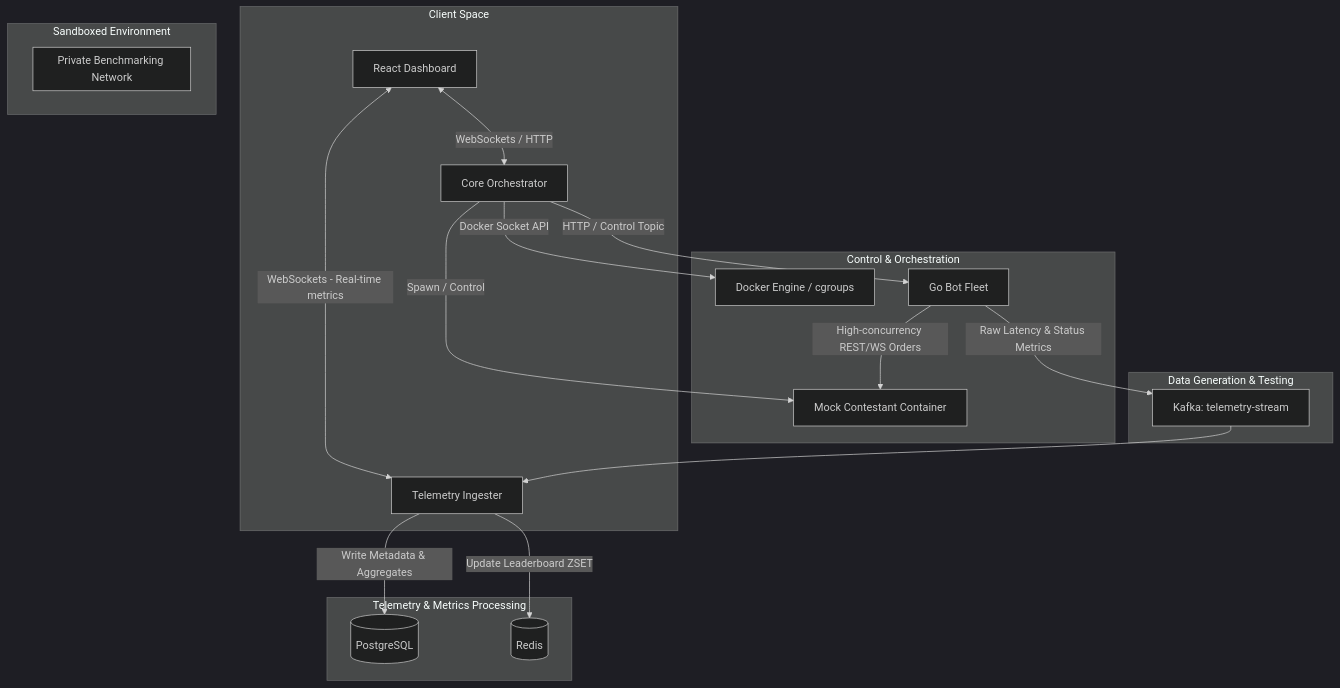
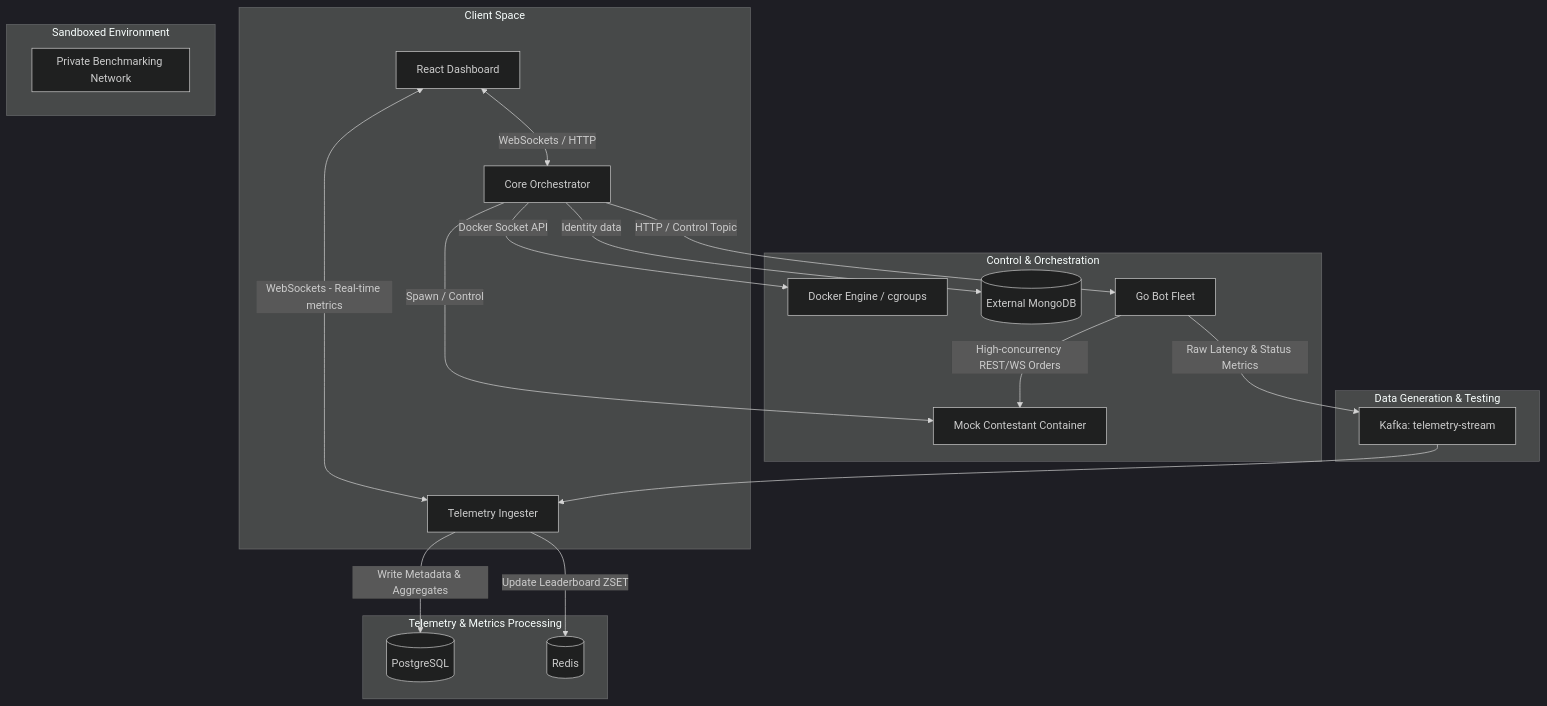
One commit to Shrivalkumar/Benchmarking-Engine changed the diagram in README.md. Above: the diagram before and after it, drawn with Mermaid (dark theme). The commit also changed other lines of this file and 2 other files, not shown here.

Commit message:
Use configured external MongoDB for identity storage

````diff
--- a/README.md
+++ b/README.md
@@ -10,30 +10,31 @@
 ```mermaid
 flowchart TD
     subgraph Client Space
         FD[React Dashboard] <--> |WebSockets / HTTP| CO[Core Orchestrator]
         FD <--> |WebSockets - Real-time metrics| TI[Telemetry Ingester]
     end
 
     subgraph Control & Orchestration
-        CO --> |Docker Socket API| CD[Docker Engine / cgroups]
+    CO --> |Docker Socket API| CD[Docker Engine / cgroups]
+    CO --> |Identity data| MG[(External MongoDB)]
         CO --> |Spawn / Control| MC[Mock Contestant Container]
         CO --> |HTTP / Control Topic| BF[Go Bot Fleet]
     end
 
     subgraph Sandboxed Environment
         subgraph Private Benchmarking Network
             MC
         end
     end
 
     subgraph Data Generation & Testing
         BF --> |High-concurrency REST/WS Orders| MC
         BF --> |Raw Latency & Status Metrics| K_TS[Kafka: telemetry-stream]
     end
 
     subgraph Telemetry & Metrics Processing
         K_TS --> TI
         TI --> |Write Metadata & Aggregates| PG[(PostgreSQL)]
         TI --> |Update Leaderboard ZSET| RD[(Redis)]
     end
 ```
````
